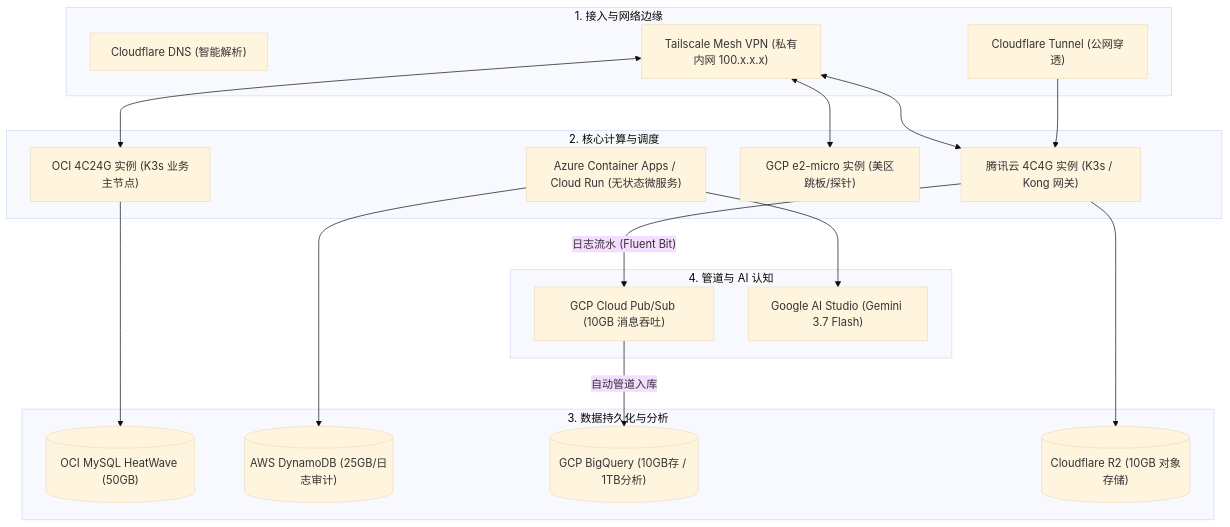
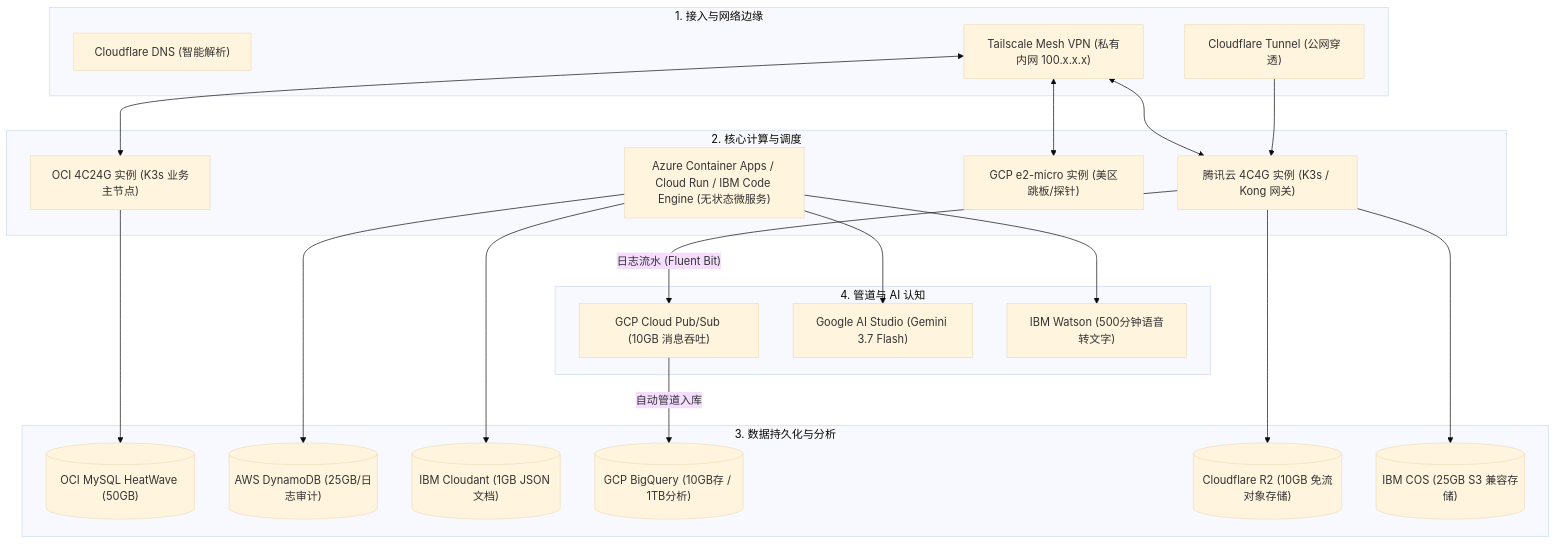
Before and after one commit to nvd11/my-blogs: the sixth of 6 diagrams in global-always-free-cloud-resources-guide.md, drawn with Mermaid (base theme). The commit also changed other lines of this file, not shown here.

Commit message:
docs(blog): add IBM Cloud Lite resources across all sections

````diff
--- a/global-always-free-cloud-resources-guide.md
+++ b/global-always-free-cloud-resources-guide.md
@@ -221,38 +250,41 @@
 ```mermaid
 flowchart TD
     subgraph EdgeAccess["1. 接入与网络边缘"]
         CF_DNS["Cloudflare DNS (智能解析)"]
         CF_Tunnel["Cloudflare Tunnel (公网穿透)"]
         TS["Tailscale Mesh VPN (私有内网 100.x.x.x)"]
     end
     
     subgraph ComputeCluster["2. 核心计算与调度"]
         OCI_Host["OCI 4C24G 实例 (K3s 业务主节点)"]
         Tencent_Host["腾讯云 4C4G 实例 (K3s / Kong 网关)"]
         GCP_Host["GCP e2-micro 实例 (美区跳板/探针)"]
-        ACA_Run["Azure Container Apps / Cloud Run (无状态微服务)"]
+        ACA_Run["Azure Container Apps / Cloud Run / IBM Code Engine (无状态微服务)"]
     end
     
     subgraph DataStorage["3. 数据持久化与分析"]
         OCI_MySQL[("OCI MySQL HeatWave (50GB)")]
         AWS_DDB[("AWS DynamoDB (25GB/日志审计)")]
+        IBM_Cloudant[("IBM Cloudant (1GB JSON 文档)")]
         GCP_BQ[("GCP BigQuery (10GB存 / 1TB分析)")]
-        CF_R2[("Cloudflare R2 (10GB 对象存储)")]
+        CF_R2[("Cloudflare R2 (10GB 免流对象存储)")]
+        IBM_COS[("IBM COS (25GB S3 兼容存储)")]
     end
     
     subgraph StreamingOps["4. 管道与 AI 认知"]
         GCP_PS["GCP Cloud Pub/Sub (10GB 消息吞吐)"]
         Gemini_AI["Google AI Studio (Gemini 3.7 Flash)"]
+        Watson_AI["IBM Watson (500分钟语音转文字)"]
     end
     
     CF_Tunnel --> Tencent_Host
     TS <--> OCI_Host & Tencent_Host & GCP_Host
     
     Tencent_Host -->|"日志流水 (Fluent Bit)"| GCP_PS
     GCP_PS -->|"自动管道入库"| GCP_BQ
     
     OCI_Host --> OCI_MySQL
-    ACA_Run --> AWS_DDB
-    ACA_Run --> Gemini_AI
-    Tencent_Host --> CF_R2
+    ACA_Run --> AWS_DDB & IBM_Cloudant
+    ACA_Run --> Gemini_AI & Watson_AI
+    Tencent_Host --> CF_R2 & IBM_COS
 ```
````
